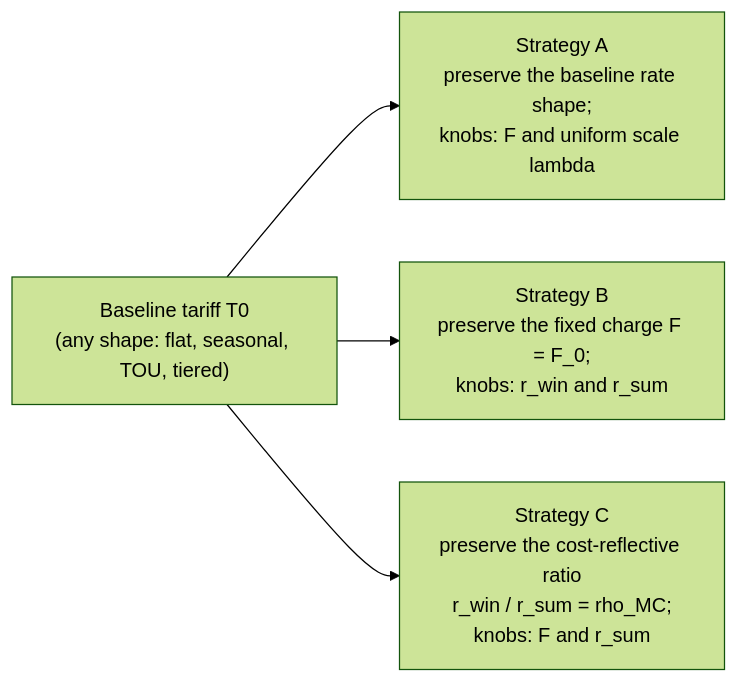
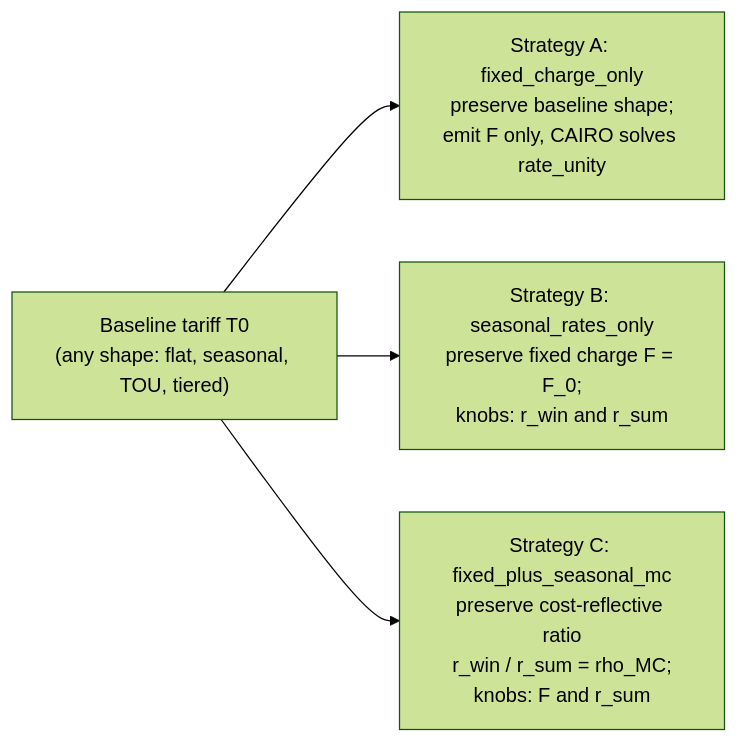
Before and after one commit to switchbox-data/rate-design-platform: the diagram in context/methods/tou_and_rates/fair_default_rate_design.md, drawn with Mermaid (forest theme). The commit also changed other lines of this file and 8 other files, not shown here.

````diff
--- a/context/methods/tou_and_rates/fair_default_rate_design.md
+++ b/context/methods/tou_and_rates/fair_default_rate_design.md
@@ -288,10 +290,10 @@
 ```mermaid
 flowchart LR
     src["Baseline tariff T0<br/>(any shape: flat, seasonal, TOU, tiered)"]
-    A["Strategy A<br/>preserve the baseline rate shape;<br/>knobs: F and uniform scale lambda"]
-    B["Strategy B<br/>preserve the fixed charge F = F_0;<br/>knobs: r_win and r_sum"]
-    C["Strategy C<br/>preserve the cost-reflective ratio<br/>r_win / r_sum = rho_MC;<br/>knobs: F and r_sum"]
+    A["Strategy A: fixed_charge_only<br/>preserve baseline shape;<br/>emit F only, CAIRO solves rate_unity"]
+    B["Strategy B: seasonal_rates_only<br/>preserve fixed charge F = F_0;<br/>knobs: r_win and r_sum"]
+    C["Strategy C: fixed_plus_seasonal_mc<br/>preserve cost-reflective ratio<br/>r_win / r_sum = rho_MC;<br/>knobs: F and r_sum"]
     src --> A
     src --> B
     src --> C
 ```
````
